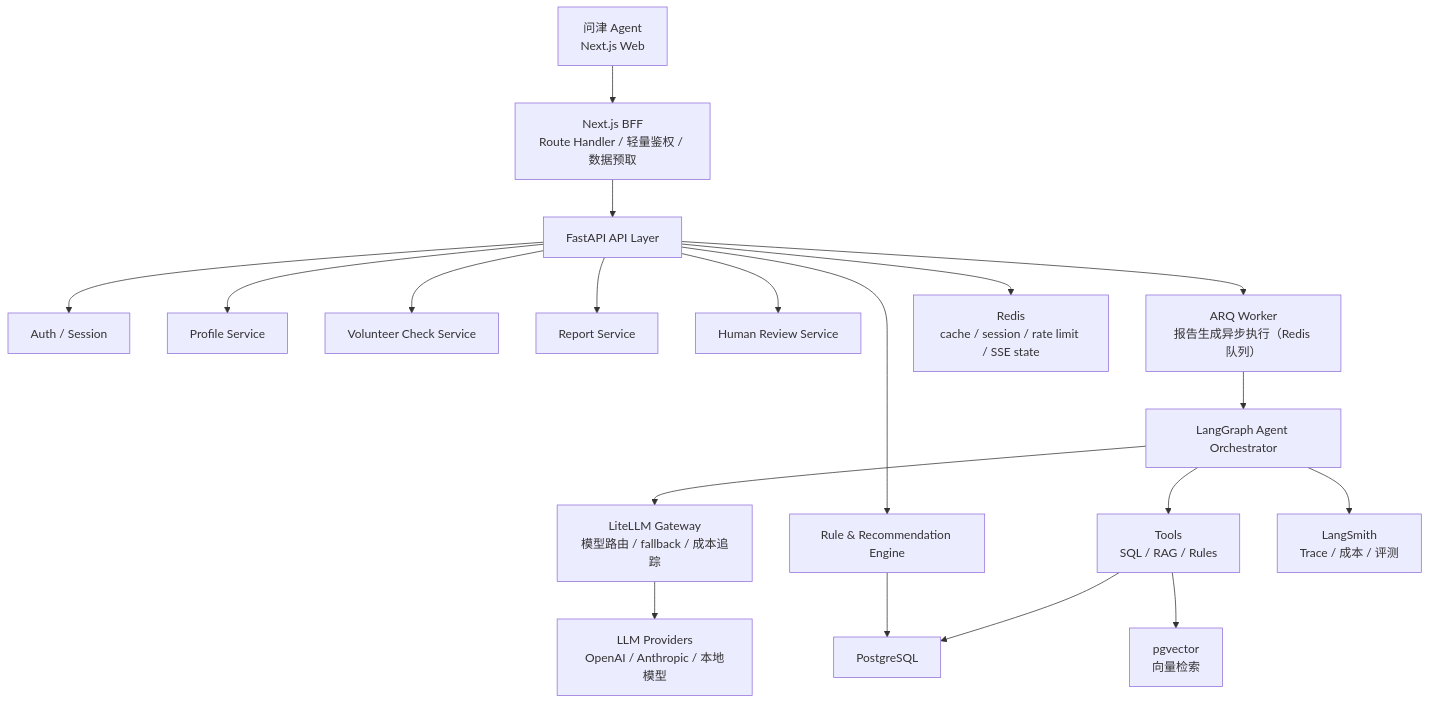
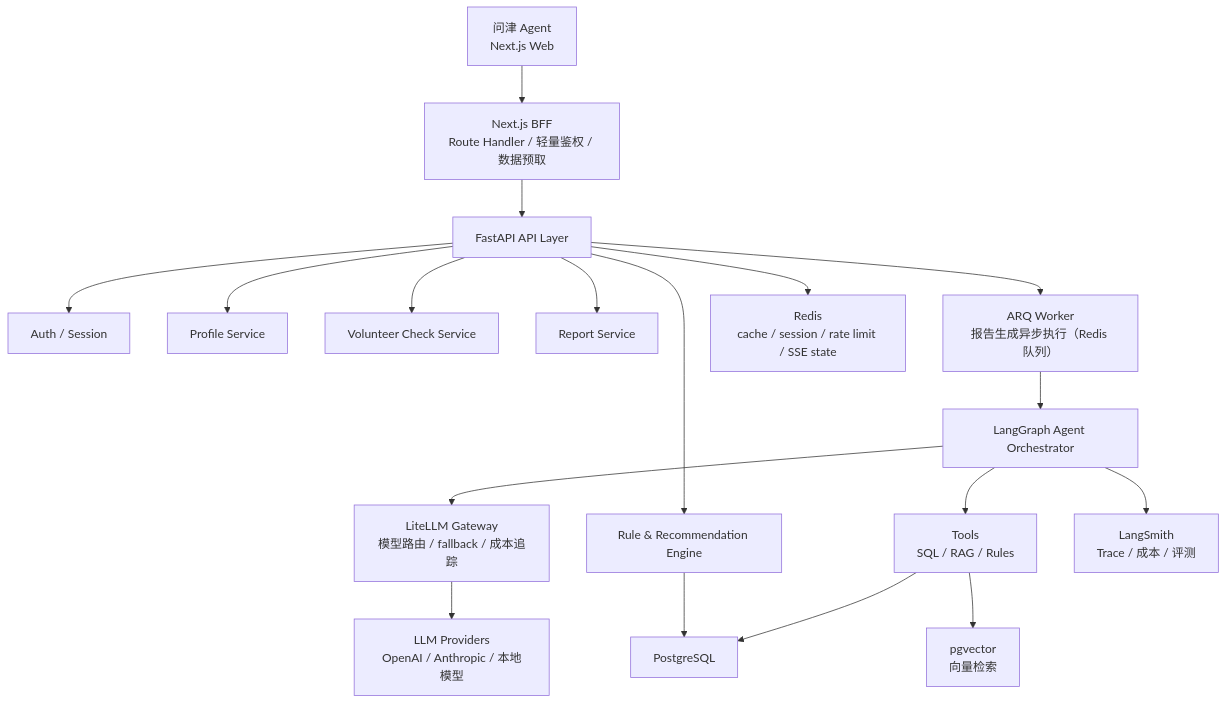
One commit to debugzhao/jin-guide changed the first of 4 diagrams in docs/backend-prd.md. Above: the diagram before and after it, drawn with Mermaid. The commit also changed other lines of this file and 14 other files, not shown here.

````diff
--- a/docs/backend-prd.md
+++ b/docs/backend-prd.md
@@ -50,21 +52,20 @@
 ```mermaid
 flowchart TD
   FE["问津 Agent<br/>Next.js Web"] --> BFF["Next.js BFF<br/>Route Handler / 轻量鉴权 / 数据预取"]
   BFF --> API["FastAPI API Layer"]
   API --> AUTH["Auth / Session"]
   API --> PROFILE["Profile Service"]
   API --> CHECK["Volunteer Check Service"]
   API --> REPORT["Report Service"]
-  API --> REVIEW["Human Review Service"]
   API --> BG["ARQ Worker<br/>报告生成异步执行（Redis 队列）"]
   BG --> AGENT["LangGraph Agent Orchestrator"]
   API --> RULE["Rule & Recommendation Engine"]
   RULE --> SQL["PostgreSQL"]
   AGENT --> GW["LiteLLM Gateway<br/>模型路由 / fallback / 成本追踪"]
   GW --> LLM["LLM Providers<br/>OpenAI / Anthropic / 本地模型"]
   AGENT --> TOOLS["Tools<br/>SQL / RAG / Rules"]
   TOOLS --> SQL
   TOOLS --> VDB["pgvector<br/>向量检索"]
   API --> REDIS["Redis<br/>cache / session / rate limit / SSE state"]
   AGENT --> TRACE["LangSmith<br/>Trace / 成本 / 评测"]
 ```
````
